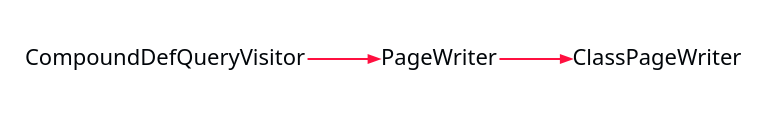
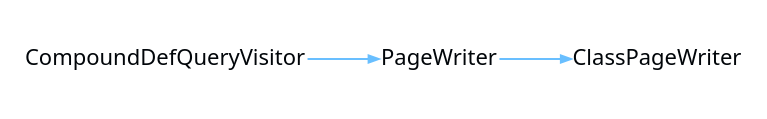
Before and after one commit to CharlesCarley/MdDox: the diagram in Current/images/internal-diagram-3.dot, drawn with Graphviz. The commit also changed 124 other files, not shown here.

```diff
--- a/Current/images/internal-diagram-3.dot
+++ b/Current/images/internal-diagram-3.dot
@@ -1,35 +1,35 @@
 digraph {
  rankdir = "LR"
  bgcolor = none;
  layout  = dot;
  edge [
    arrowsize = "0.5"
-   color     = "#FF1040FF"
+   color     = "#69BFFFFF"
  ]
- dDsJfGf[
+ WZ3Of2Z[
    shape    = none
    label    = "CompoundDefQueryVisitor"
    margin   = "0.01"
    fontname = "Segoe UI"
    fontsize = "11"
    fontcolor= "#010509FF"
  ]
- WZ7JfGf[
+ WcKOf2Z[
    shape    = none
    label    = "PageWriter"
    margin   = "0.01"
    fontname = "Segoe UI"
    fontsize = "11"
    fontcolor= "#010509FF"
  ]
- WK8JfGf[
+ dm5Of2Z[
    shape    = none
    label    = "ClassPageWriter"
    margin   = "0.01"
    fontname = "Segoe UI"
    fontsize = "11"
    fontcolor= "#010509FF"
  ]
- WZ7JfGf->WK8JfGf
- dDsJfGf->WZ7JfGf
+ WcKOf2Z->dm5Of2Z
+ WZ3Of2Z->WcKOf2Z
 }
```
